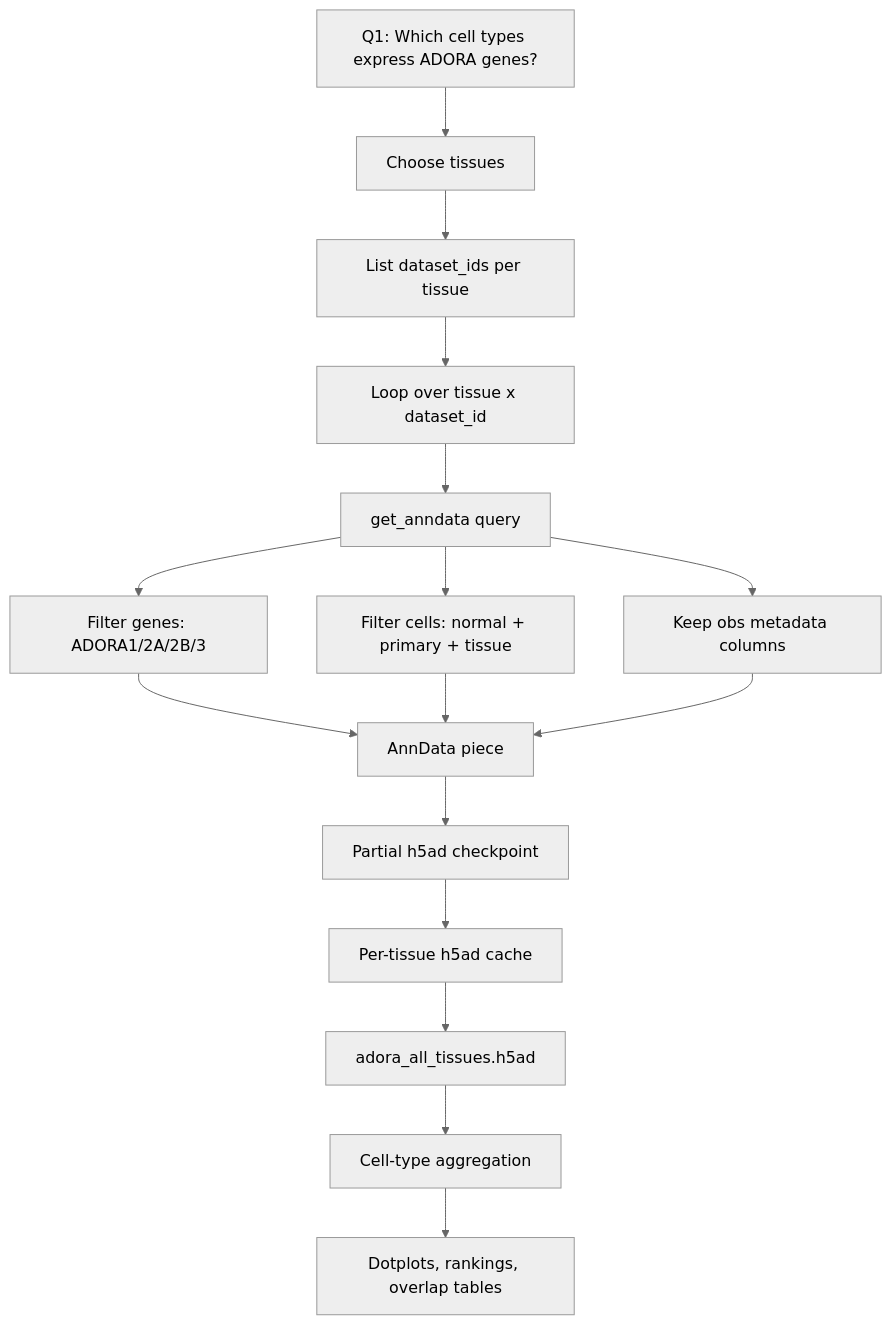
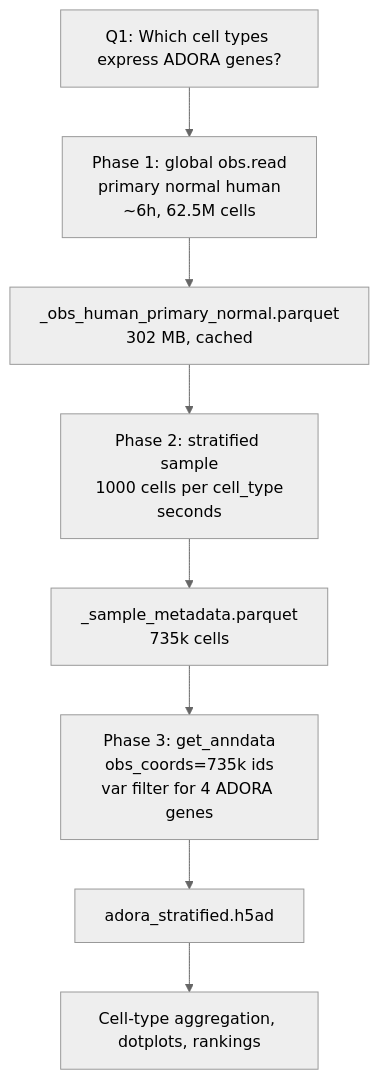
Before and after one commit to acefesan/dl-bio: the diagram in projects/caffeine/wiki/labs/001-data-flow.md, drawn with Mermaid (neutral theme). The commit also changed other lines of this file and 21 other files, not shown here.

````diff
--- a/projects/caffeine/wiki/labs/001-data-flow.md
+++ b/projects/caffeine/wiki/labs/001-data-flow.md
@@ -48,18 +15,11 @@
 ```mermaid
 flowchart TD
-    Q[Q1: Which cell types express ADORA genes?] --> Tissues[Choose tissues]
-    Tissues --> DatasetIDs[List dataset_ids per tissue]
-    DatasetIDs --> Loop[Loop over tissue x dataset_id]
-    Loop --> Query[get_anndata query]
-    Query --> Genes[Filter genes: ADORA1/2A/2B/3]
-    Query --> Cells[Filter cells: normal + primary + tissue]
-    Query --> Metadata[Keep obs metadata columns]
-    Genes --> AnnData[AnnData piece]
-    Cells --> AnnData
-    Metadata --> AnnData
-    AnnData --> Partial[Partial h5ad checkpoint]
-    Partial --> TissueCache[Per-tissue h5ad cache]
-    TissueCache --> Combined[adora_all_tissues.h5ad]
-    Combined --> Aggregation[Cell-type aggregation]
-    Aggregation --> Outputs[Dotplots, rankings, overlap tables]
+    Q[Q1: Which cell types express ADORA genes?]
+    Q --> Scan[Phase 1: global obs.read<br/>primary normal human<br/>~6h, 62.5M cells]
+    Scan --> Parquet[_obs_human_primary_normal.parquet<br/>302 MB, cached]
+    Parquet --> Sample[Phase 2: stratified sample<br/>1000 cells per cell_type<br/>seconds]
+    Sample --> Sampled[_sample_metadata.parquet<br/>735k cells]
+    Sampled --> Fetch[Phase 3: get_anndata<br/>obs_coords=735k ids<br/>var filter for 4 ADORA genes]
+    Fetch --> Out[adora_stratified.h5ad]
+    Out --> Aggregation[Cell-type aggregation, dotplots, rankings]
 ```
````
